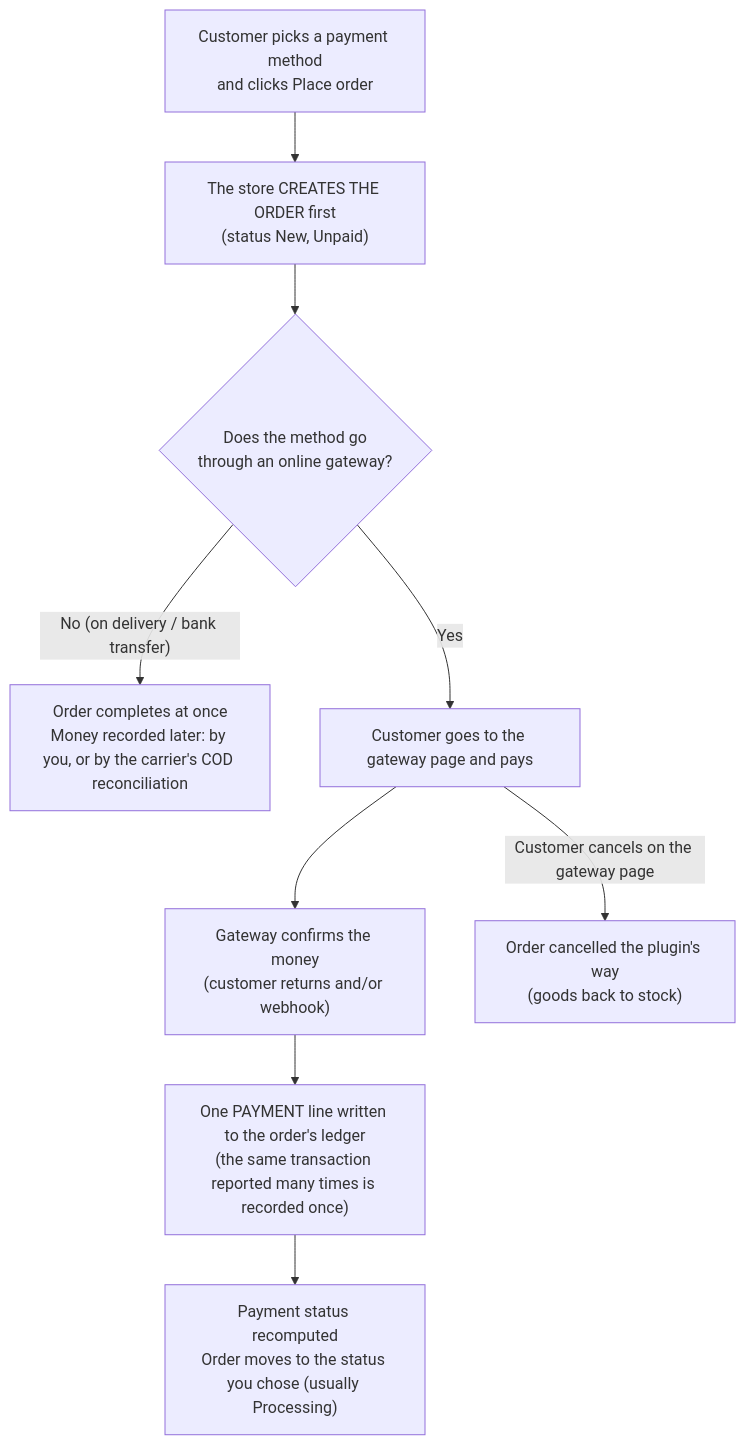
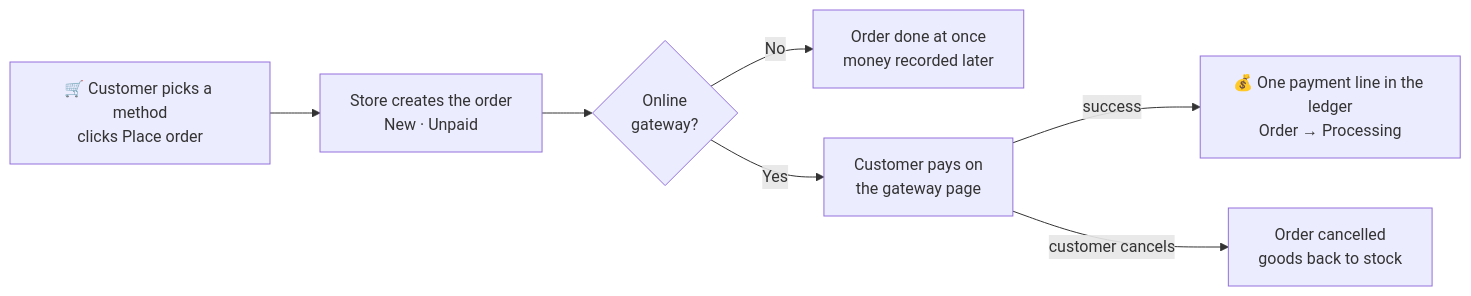
Before and after one commit to gp247net/gp247-docs: the first of 2 diagrams in s-cart/payment/payment.md, drawn with Mermaid. The commit also changed other lines of this file and 3 other files, not shown here.

First line of the commit message:
docs(s-cart): compact left-to-right overview charts for shipping and payment

````diff
--- a/s-cart/payment/payment.md
+++ b/s-cart/payment/payment.md
@@ -32,11 +32,9 @@
 ```mermaid
-flowchart TD
-    A["Customer picks a payment method<br/>and clicks Place order"] --> B["The store CREATES THE ORDER first<br/>(status New, Unpaid)"]
-    B --> C{"Does the method go<br/>through an online gateway?"}
-    C -- "No (on delivery / bank transfer)" --> D["Order completes at once<br/>Money recorded later: by you, or by the carrier's COD reconciliation"]
-    C -- "Yes" --> E["Customer goes to the gateway page and pays"]
-    E --> F["Gateway confirms the money<br/>(customer returns and/or webhook)"]
-    F --> G["One PAYMENT line written to the order's ledger<br/>(the same transaction reported many times is recorded once)"]
-    G --> H["Payment status recomputed<br/>Order moves to the status you chose (usually Processing)"]
-    E -- "Customer cancels on the gateway page" --> I["Order cancelled the plugin's way<br/>(goods back to stock)"]
+flowchart LR
+    A["🛒 Customer picks a method<br/>clicks Place order"] --> B["Store creates the order<br/>New · Unpaid"]
+    B --> C{"Online<br/>gateway?"}
+    C -- "No" --> D["Order done at once<br/>money recorded later"]
+    C -- "Yes" --> E["Customer pays on<br/>the gateway page"]
+    E -- "success" --> G["💰 One payment line in the ledger<br/>Order → Processing"]
+    E -- "customer cancels" --> I["Order cancelled<br/>goods back to stock"]
 ```
````
